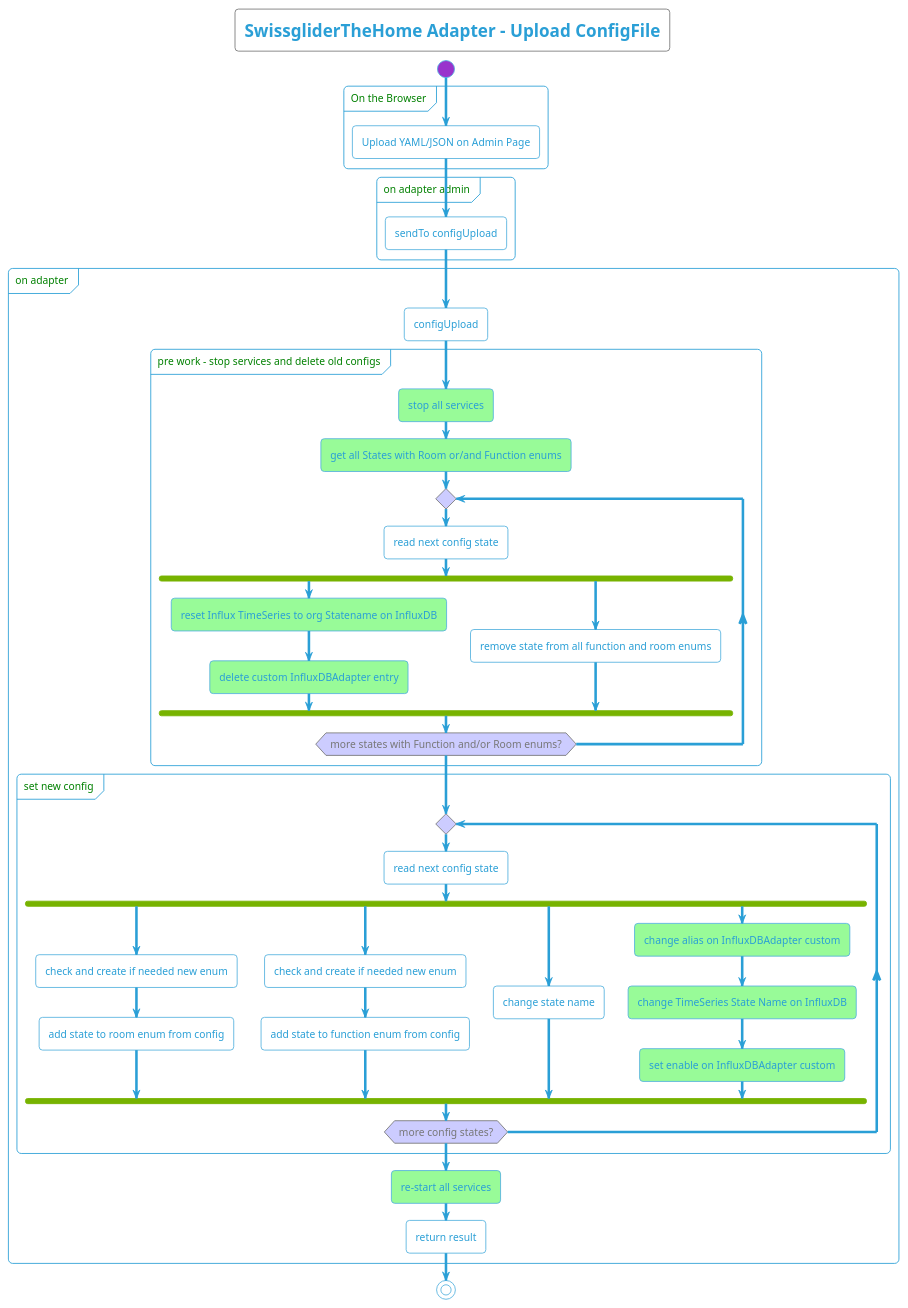
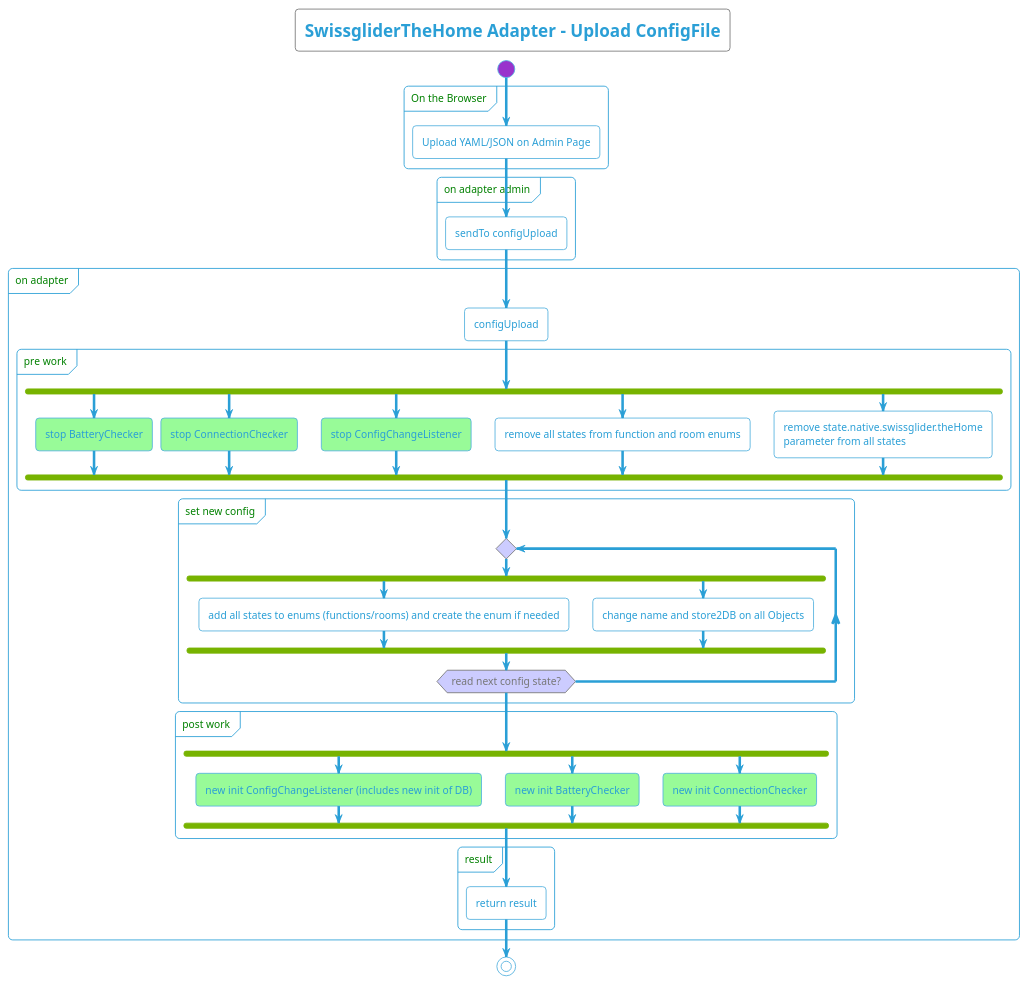
The diagram in docu/plantuml/server/SwissgliderTheHome - Activity Diagram - ConfigUploader.iuml (swissglider/iobroker.thehome), drawn with PlantUML before and after one commit. The commit also changed 59 other files, not shown here.

```diff
--- a/docu/plantuml/server/SwissgliderTheHome - Activity Diagram - ConfigUploader.iuml
+++ b/docu/plantuml/server/SwissgliderTheHome - Activity Diagram - ConfigUploader.iuml
@@ -1,67 +1,69 @@
 @startuml
 !theme cyborg-outline
 
 <style>
     diamond {
         BackgroundColor #ccf
     }
     partition {
         FontColor green
         RoundCorner 10
     }
   arrow {
     FontColor black
     FontName arial
   }
 </style>
 
 title
     SwissgliderTheHome Adapter - Upload ConfigFile
 end title
 
 start
 partition "On the Browser" {
     :Upload YAML/JSON on Admin Page;
 }
 partition "on adapter admin" {
 :sendTo configUpload;
 }
 partition "on adapter" {
     :configUpload;
-    partition "pre work - stop services and delete old configs" {
-        #palegreen:stop all services;
-        #palegreen:get all States with Room or/and Function enums;
-        repeat
-            :read next config state;
-            fork
-                #palegreen:reset Influx TimeSeries to org Statename on InfluxDB;
-                #palegreen:delete custom InfluxDBAdapter entry;
-                fork again
-                :remove state from all function and room enums;
-            end fork
-        repeat while (more states with Function and/or Room enums?)
+    partition "pre work" {
+        fork
+            #palegreen:stop BatteryChecker;
+            fork again
+            #palegreen:stop ConnectionChecker;
+            fork again
+            #palegreen:stop ConfigChangeListener;
+            fork again
+            :remove all states from function and room enums;
+            fork again
+            :remove state.native.swissglider.theHome 
+            parameter from all states;
+        end fork
     }
     partition "set new config" {
         repeat
-            :read next config state;
             fork
-                :check and create if needed new enum;
-                :add state to room enum from config;
+                :add all states to enums (functions/rooms) and create the enum if needed;
                 fork again
-                :check and create if needed new enum;
-                :add state to function enum from config;
-                fork again
-                :change state name;
-                fork again
-                #palegreen:change alias on InfluxDBAdapter custom;
-                #palegreen:change TimeSeries State Name on InfluxDB;
-                #palegreen:set enable on InfluxDBAdapter custom;
+                :change name and store2DB on all Objects;
             end fork
-        repeat while (more config states?)
+        repeat while (read next config state?)
     }
-    #palegreen:re-start all services;
-    :return result;
+    partition "post work" {
+        fork
+            #palegreen:new init ConfigChangeListener (includes new init of DB);
+            fork again
+            #palegreen:new init BatteryChecker;
+            fork again
+            #palegreen:new init ConnectionChecker;
+        end fork
+    }
+    partition "result" {
+        :return result;
+    }
 }
 stop
 
 @enduml
```
